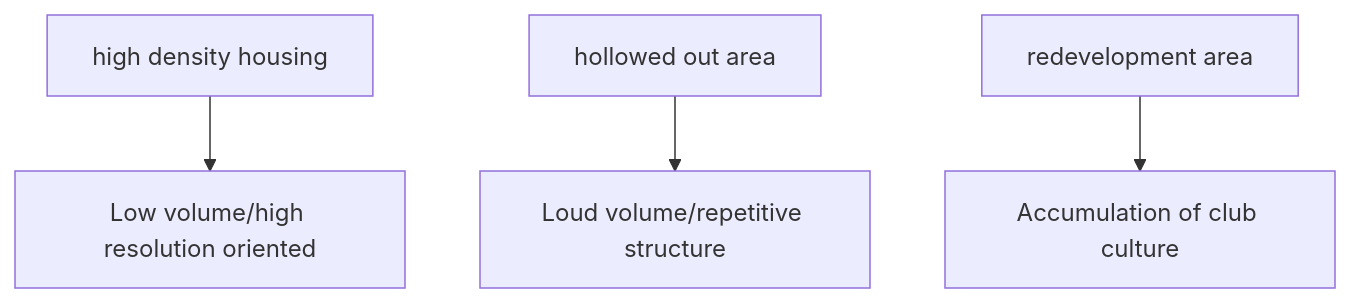
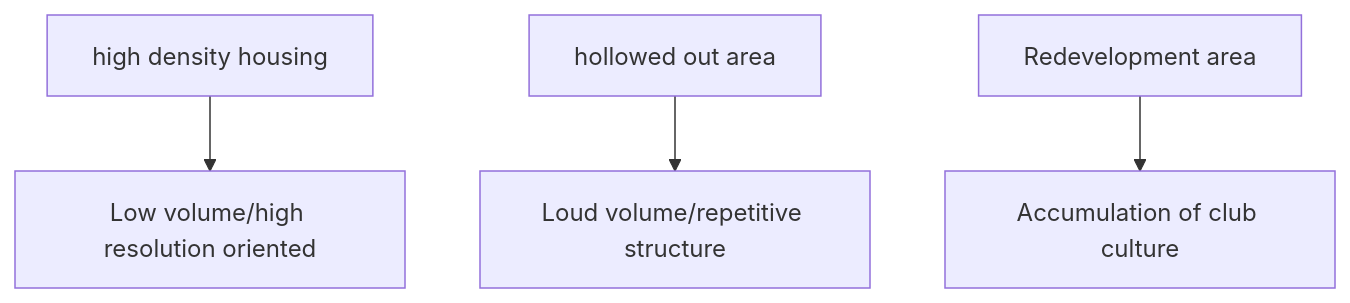
One commit to monumental-movement/monumental-movement.github.io changed the second of 3 diagrams in en/_posts/2026-02-06-column-music-urban-space.md. Above: the diagram before and after it, drawn with Mermaid. The commit also changed other lines of this file and 399 other files, not shown here.

```diff
--- a/en/_posts/2026-02-06-column-music-urban-space.md
+++ b/en/_posts/2026-02-06-column-music-urban-space.md
@@ -198,6 +198,6 @@
 <div class="mermaid">
 flowchart TB
 A[high density housing] --> B[Low volume/high resolution oriented]
 C[hollowed out area] --> D[Loud volume/repetitive structure]
-E[redevelopment area] --> F[Accumulation of club culture]
+E[Redevelopment area] --> F[Accumulation of club culture]
 </div>
```
